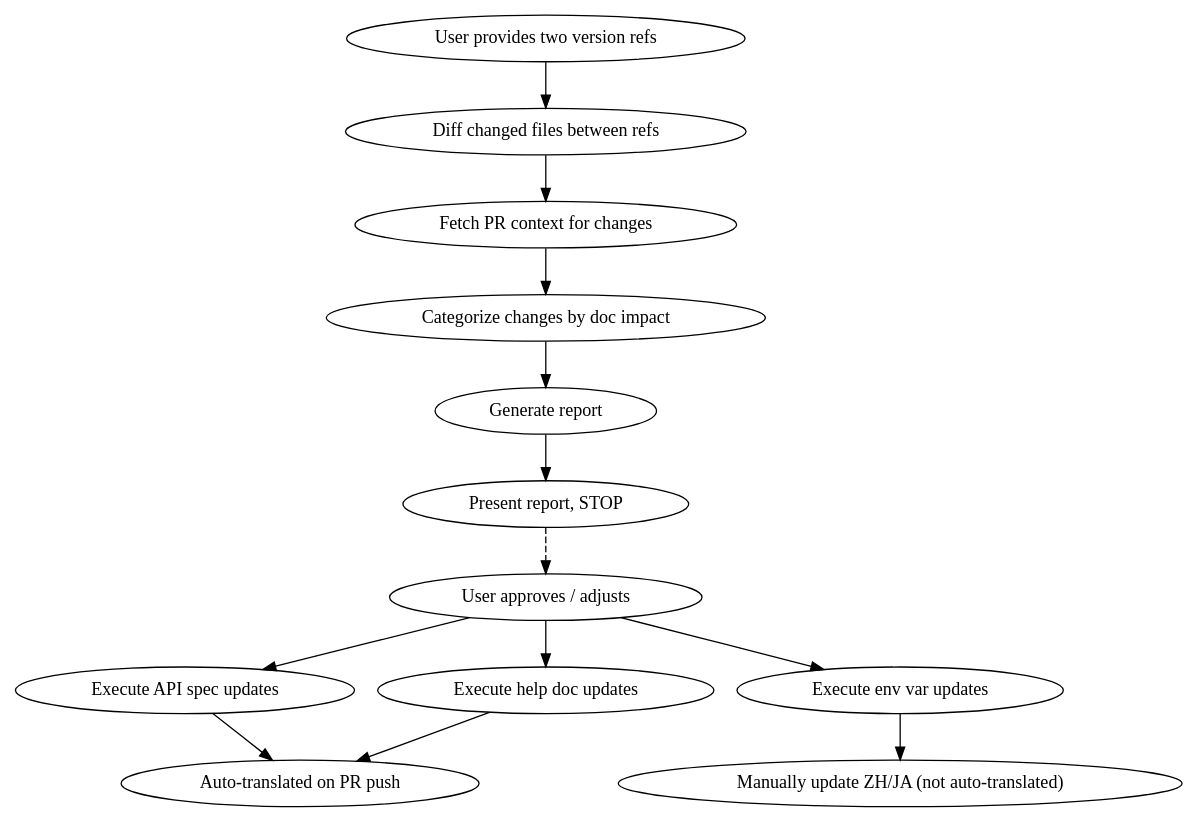
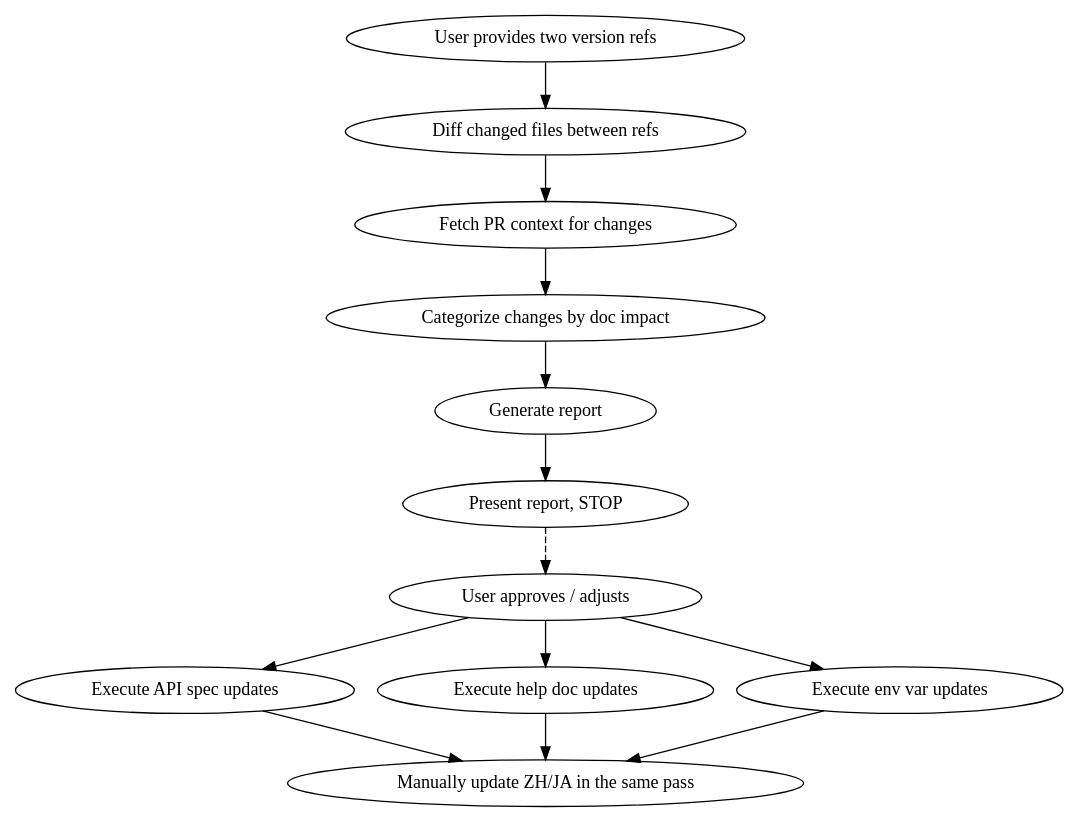
One commit to langgenius/dify-docs changed the diagram in .claude/skills/dify-docs-release-sync/SKILL.md. Above: the diagram before and after it, drawn with Graphviz. The commit also changed other lines of this file and 32 other files, not shown here.

````diff
--- a/.claude/skills/dify-docs-release-sync/SKILL.md
+++ b/.claude/skills/dify-docs-release-sync/SKILL.md
@@ -26,17 +26,17 @@
 ```dot
 digraph {
   rankdir=TB;
   "User provides two version refs" -> "Diff changed files between refs";
   "Diff changed files between refs" -> "Fetch PR context for changes";
   "Fetch PR context for changes" -> "Categorize changes by doc impact";
   "Categorize changes by doc impact" -> "Generate report";
   "Generate report" -> "Present report, STOP";
   "Present report, STOP" -> "User approves / adjusts" [style=dashed];
   "User approves / adjusts" -> "Execute API spec updates";
   "User approves / adjusts" -> "Execute help doc updates";
   "User approves / adjusts" -> "Execute env var updates";
-  "Execute API spec updates" -> "Auto-translated on PR push";
-  "Execute help doc updates" -> "Auto-translated on PR push";
-  "Execute env var updates" -> "Manually update ZH/JA (not auto-translated)";
+  "Execute API spec updates" -> "Manually update ZH/JA in the same pass";
+  "Execute help doc updates" -> "Manually update ZH/JA in the same pass";
+  "Execute env var updates" -> "Manually update ZH/JA in the same pass";
 }
 ```
````
